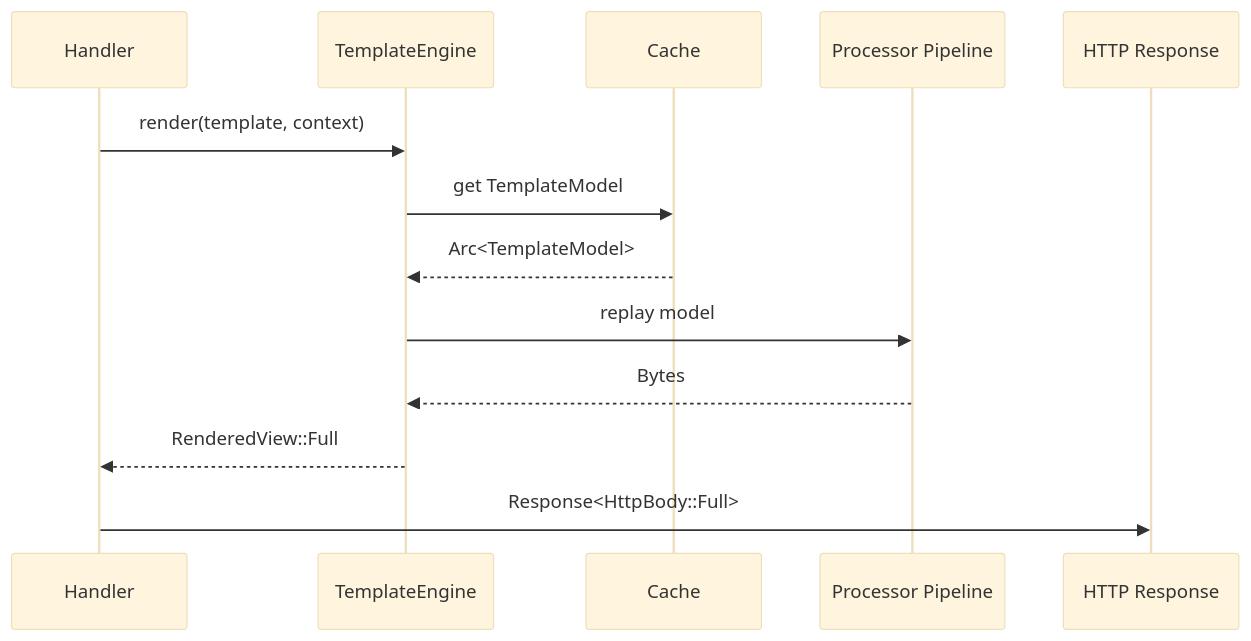
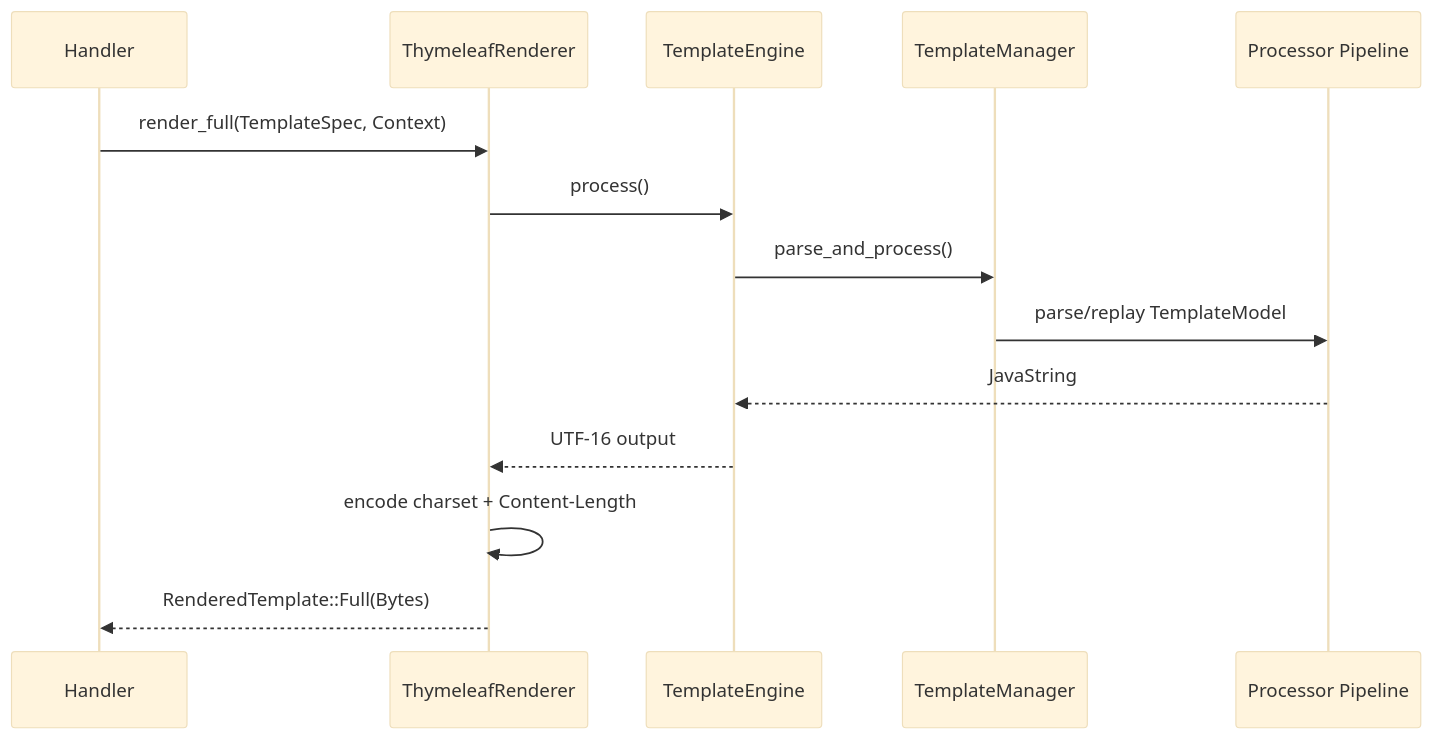
The tenth of 13 diagrams in docs/Thymeleaf-Rust-可行性与架构设计.md (easy-4-rust/thymeleaf-rust), drawn with Mermaid (base theme) before and after one commit. The commit also changed other lines of this file and 270 other files, not shown here.

````diff
--- a/docs/Thymeleaf-Rust-可行性与架构设计.md
+++ b/docs/Thymeleaf-Rust-可行性与架构设计.md
@@ -937,16 +1314,17 @@
 ```mermaid
 sequenceDiagram
     participant H as Handler
+    participant R as ThymeleafRenderer
     participant E as TemplateEngine
-    participant C as Cache
+    participant M as TemplateManager
     participant P as Processor Pipeline
-    participant R as HTTP Response
 
-    H->>E: render(template, context)
-    E->>C: get TemplateModel
-    C-->>E: Arc<TemplateModel>
-    E->>P: replay model
-    P-->>E: Bytes
-    E-->>H: RenderedView::Full
-    H->>R: Response<HttpBody::Full>
+    H->>R: render_full(TemplateSpec, Context)
+    R->>E: process()
+    E->>M: parse_and_process()
+    M->>P: parse/replay TemplateModel
+    P-->>E: JavaString
+    E-->>R: UTF-16 output
+    R->>R: encode charset + Content-Length
+    R-->>H: RenderedTemplate::Full(Bytes)
 ```
````
